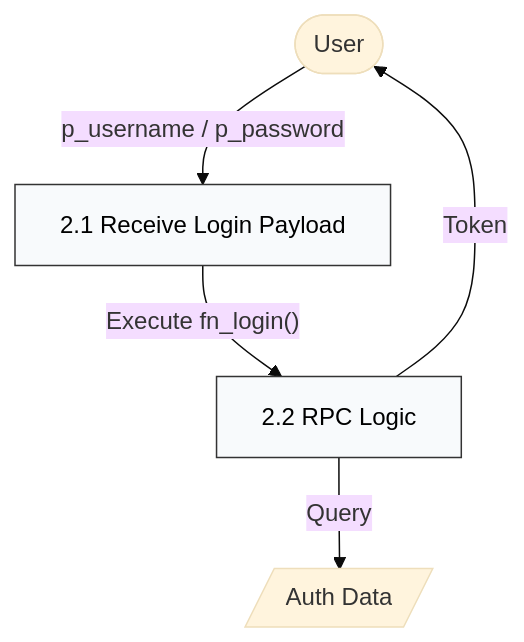
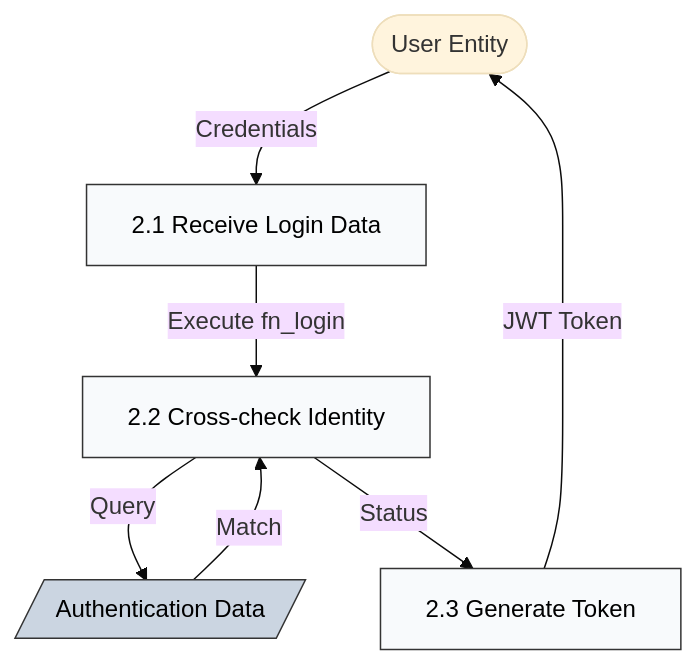
The fourth of 6 diagrams in README.md (whayneGrageda/VR_Nationalian), drawn with Mermaid (base theme) before and after one commit. The commit also changed other lines of this file, not shown here.

````diff
--- a/README.md
+++ b/README.md
@@ -222,9 +247,15 @@
 ```mermaid
 graph TD
-    User([User]) -- "p_username / p_password" --> P2_1[2.1 Receive Login Payload]
-    P2_1 -- "Execute fn_login()" --> P2_2[2.2 RPC Logic]
-    P2_2 -- "Query" --> D1[/Auth Data/]
-    P2_2 -- "Token" --> User
+    User([User Entity]) -- "Credentials" --> P2_1[2.1 Receive Login Data]
+    P2_1 -- "Execute fn_login" --> P2_2[2.2 Cross-check Identity]
+    P2_2 -- "Query" --> D1[/Authentication Data/]
+    D1 -- "Match" --> P2_2
+    P2_2 -- "Status" --> P2_3[2.3 Generate Token]
+    P2_3 -- "JWT Token" --> User
+
+    %% Styling for Black Text
     style P2_1 fill:#f8fafc,stroke:#333,color:#000
     style P2_2 fill:#f8fafc,stroke:#333,color:#000
+    style P2_3 fill:#f8fafc,stroke:#333,color:#000
+    style D1 fill:#cbd5e1,stroke:#333,color:#000
 ```
````
